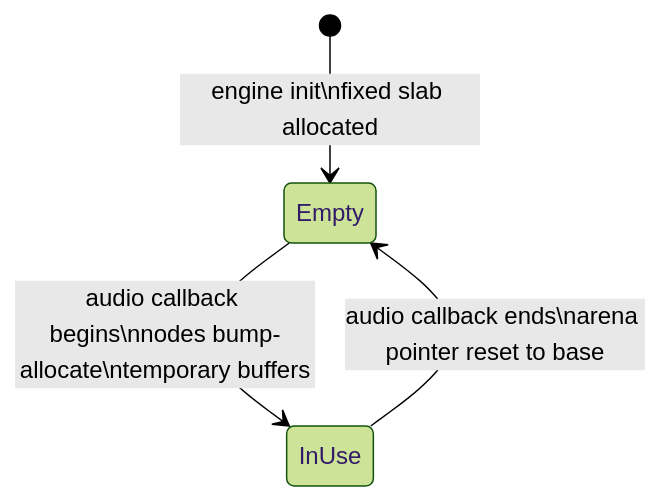
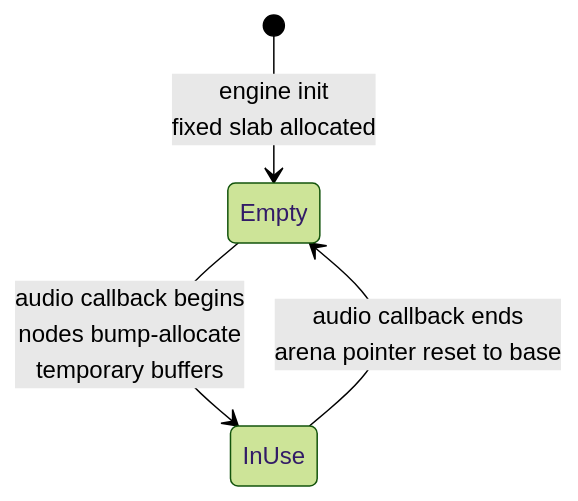
One commit to ademhoskin/mach changed the fifth of 7 diagrams in docs/research.md. Above: the diagram before and after it, drawn with Mermaid (forest theme). The commit also changed other lines of this file and 8 other files, not shown here.

````diff
--- a/docs/research.md
+++ b/docs/research.md
@@ -316,6 +316,6 @@
 ```mermaid
 stateDiagram-v2
-    [*] --> Empty : engine init\nfixed slab allocated
-    Empty --> InUse : audio callback begins\nnodes bump-allocate\ntemporary buffers
-    InUse --> Empty : audio callback ends\narena pointer reset to base
+    [*] --> Empty : engine init<br/>fixed slab allocated
+    Empty --> InUse : audio callback begins<br/>nodes bump-allocate<br/>temporary buffers
+    InUse --> Empty : audio callback ends<br/>arena pointer reset to base
 ```
````
